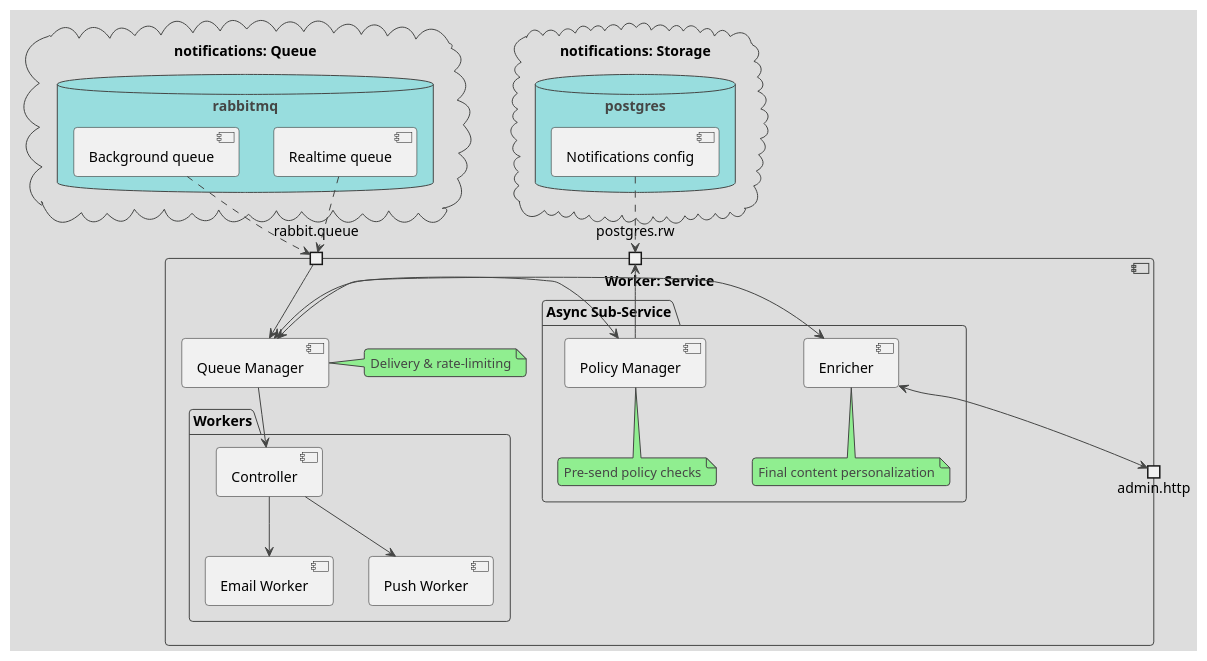
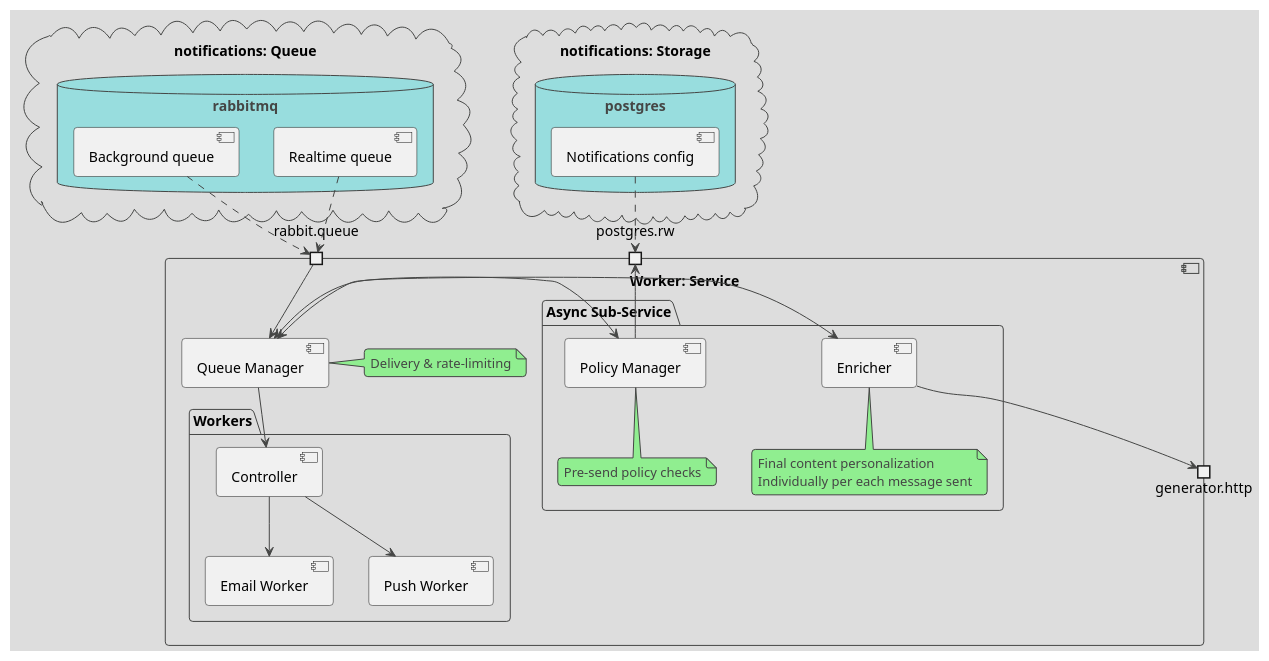
One commit to ilya-spy/notifications_sprint_1 changed the diagram in doc/arch/notifications_worker.puml. Above: the diagram before and after it, drawn with PlantUML. The commit also changed 5 other files, not shown here.

Commit message:
update flows to simplify modules

```diff
--- a/doc/arch/notifications_worker.puml
+++ b/doc/arch/notifications_worker.puml
@@ -1,69 +1,69 @@
 @startuml "Notifications worker module"
 !theme toy
 '''Часть сервиса уведомлений, отвечающая за доставку уведомлений в каналы распространения''
 
 
 '''Хранилища и внешние сервисы'''
 cloud "notifications: Queue" {
     database "rabbitmq" {
         [Realtime queue]
         [Background queue]
     }
 }
 
 cloud "notifications: Storage" {
     database "postgres" {
         [Notifications config]
 
     }
 }
 
 
 '''Компоненты бизнес-логики'''
 component "Worker: Service" {
     'Внешние интерфейсы службы'
     portin rabbit.queue
     portin postgres.rw
-    portout admin.http
+    portout generator.http
 
     'Компоненты службы'
     [Queue Manager]
     note right of [Queue Manager]: Delivery & rate-limiting
 
 
     package "Workers" {
         [Controller]
         [Email Worker]
         [Push Worker]
     }
 
     package "Async Sub-Service" {
         [Policy Manager]
         note bottom of [Policy Manager]: Pre-send policy checks
 
         [Enricher]
-        note bottom of [Enricher]: Final content personalization
+        note bottom of [Enricher]: Final content personalization\nIndividually per each message sent
     }
 
     'Внутренние каналы службы'
     [Queue Manager] --> [Controller]
     [Queue Manager] <-> [Policy Manager]
     [Queue Manager] <-> [Enricher]
 
     [Controller] --> [Email Worker]
     [Controller] --> [Push Worker]
 
     'Обслуживание внешних интерфейсы'
     rabbit.queue -->  [Queue Manager]
     postgres.rw  <--  [Policy Manager]
     
-    [Enricher] <-> admin.http
+    [Enricher] -up-> generator.http
 }
 
 
 '''Обслуживание внешних и облачных сервисов'''
 [Background queue] ..> rabbit.queue
 [Realtime queue]   ..> rabbit.queue
 [Notifications config] .down.> postgres.rw
 
 @enduml
```
